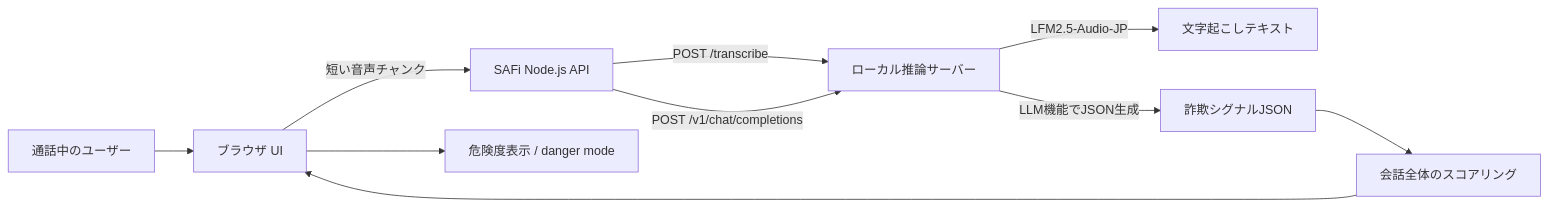
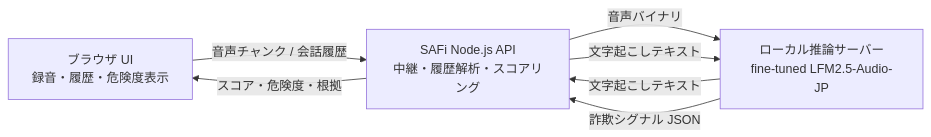
One commit to NarumiKomaba/LiquidAI_hackathon2026 changed the second of 2 diagrams in README.md. Above: the diagram before and after it, drawn with Mermaid. The commit also changed other lines of this file, not shown here.

````diff
--- a/README.md
+++ b/README.md
@@ -15,12 +28,13 @@
 ```mermaid
 flowchart LR
-  user[通話中のユーザー] --> browser[ブラウザ UI]
-  browser -->|短い音声チャンク| node[SAFi Node.js API]
-  node -->|POST /transcribe| local[ローカル推論サーバー]
-  local -->|LFM2.5-Audio-JP| transcript[文字起こしテキスト]
-  node -->|POST /v1/chat/completions| local
-  local -->|LLM機能でJSON生成| signals[詐欺シグナルJSON]
-  signals --> scoring[会話全体のスコアリング]
-  scoring --> browser
-  browser --> dashboard[危険度表示 / danger mode]
+  browser[ブラウザ UI<br/>録音・履歴・危険度表示]
+  node[SAFi Node.js API<br/>中継・履歴解析・スコアリング]
+  local[ローカル推論サーバー<br/>fine-tuned LFM2.5-Audio-JP]
+
+  browser -->|音声チャンク / 会話履歴| node
+  node -->|音声バイナリ| local
+  local -->|文字起こしテキスト| node
+  node -->|文字起こしテキスト| local
+  local -->|詐欺シグナル JSON| node
+  node -->|スコア・危険度・根拠| browser
 ```
````
